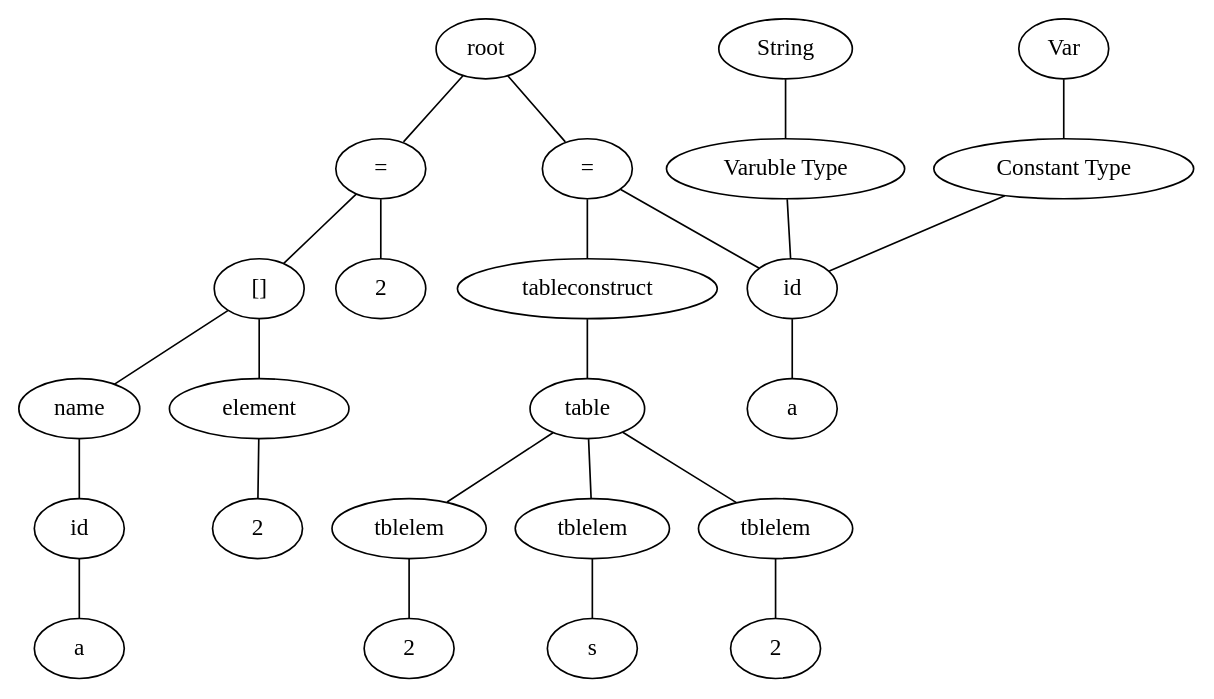
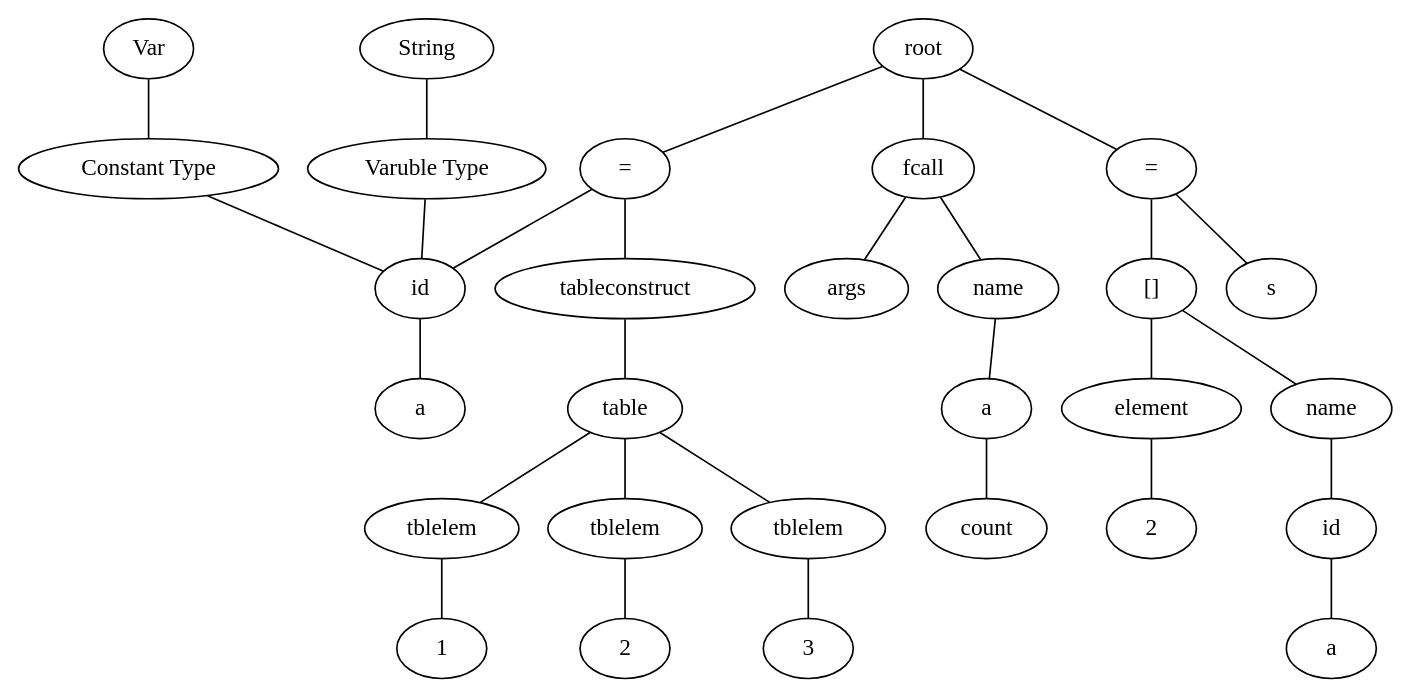
The diagram in build/file.dot (TAIIOK/SwiftCompilerToJavaByteCode), drawn with Graphviz before and after one commit. The commit also changed 6 other files, not shown here.

```diff
--- a/build/file.dot
+++ b/build/file.dot
@@ -1,49 +1,59 @@
 graph graphname {
 root;
 assign0[label = "="];
 root--assign0;
 expr0[label = "id"];
 assign0--expr0;
 type0[label = "Varuble Type"];
 type0--expr0;
 type1[label = "String"];
 type1--type0;
 consttype0[label = "Constant Type"];
 consttype0--expr0;
 consttype1[label = "Var"];
 consttype1--consttype0;
 expr1[label = "a"];
 expr0--expr1;
 expr2[label = "tableconstruct"];
 assign0--expr2;
 table0[label = "table"];
 expr2--table0;
 table00[label = "tblelem"];
 table0--table00;
-expr3[label = "2"];
+expr3[label = "1"];
 table00--expr3;
 table01[label = "tblelem"];
 table0--table01;
 expr4[label = "2"];
 table01--expr4;
 table02[label = "tblelem"];
 table0--table02;
-expr5[label = "s"];
+expr5[label = "3"];
 table02--expr5;
 assign1[label = "="];
 root--assign1;
 expr6[label = "[]"];
 assign1--expr6;
 expr6name[label = "name"];
 expr7[label = "id"];
 expr6name--expr7;
 expr8[label = "a"];
 expr7--expr8;
 expr6--expr6name;
 expr6args[label = " element "];
 expr6 -- expr6args;
 expr9[label = "2"];
 expr6args--expr9;
-expr10[label = "2"];
+expr10[label = "s"];
 assign1--expr10;
+expr11[label = "fcall"];
+root--expr11;
+expr11name[label = "name"];
+expr12[label = "a"];
+expr11name--expr12;
+expr13[label = "count"];
+expr12--expr13;
+expr11--expr11name;
+expr11args[label = " args "];
+expr11 -- expr11args;
 }
```
